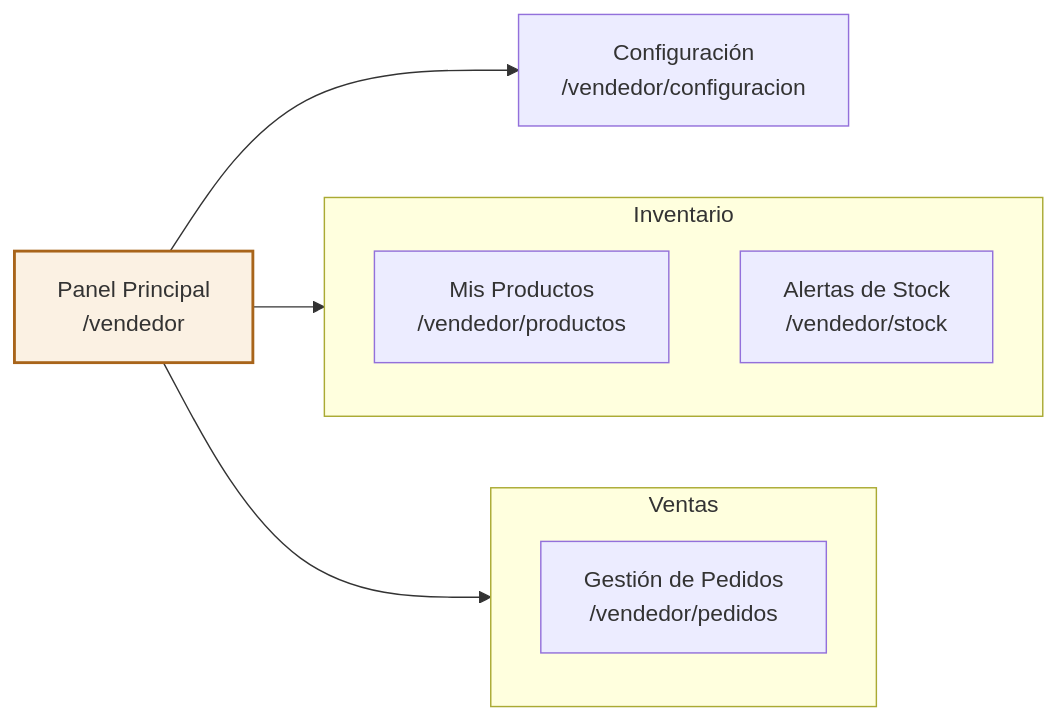
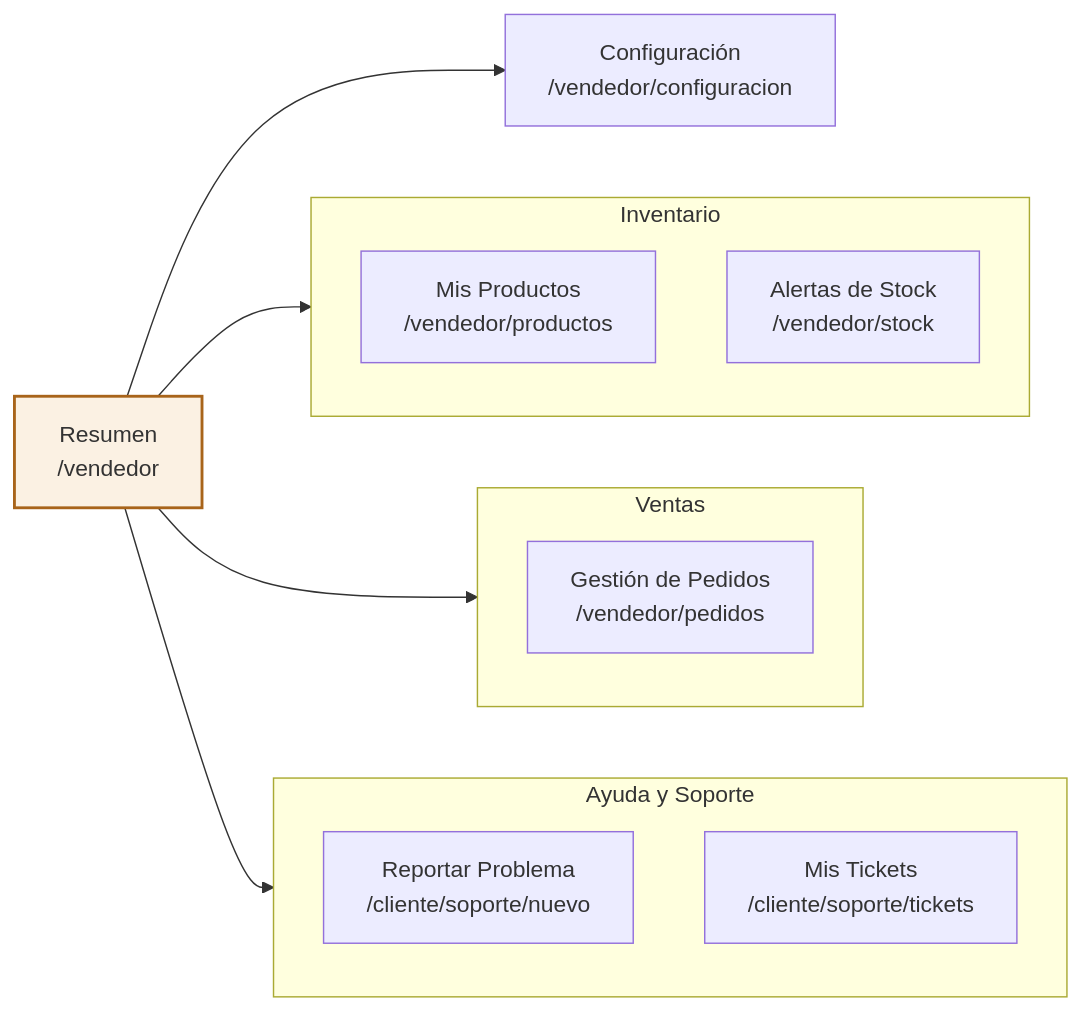
Before and after one commit to Jhonmoreno000/PROYECTO-SENA-TIENDA-TEXTIL-: the third of 4 diagrams in documentacion/09-mapa-de-navegacion.md, drawn with Mermaid. The commit also changed other lines of this file and 55 other files, not shown here.

Commit message:
docs: rehacer documentacion, diagramas, contrato OpenAPI y matriz v3 segun el codigo de main (#39)

````diff
--- a/documentacion/09-mapa-de-navegacion.md
+++ b/documentacion/09-mapa-de-navegacion.md
@@ -96,16 +102,21 @@
 ```mermaid
 flowchart LR
-    r_vendedor["Panel Principal<br/>/vendedor"]
+    r_vendedor["Resumen<br/>/vendedor"]
     subgraph VENDEDOR_1["Inventario"]
         r_vendedor_productos["Mis Productos<br/>/vendedor/productos"]
         r_vendedor_stock["Alertas de Stock<br/>/vendedor/stock"]
     end
     r_vendedor --> VENDEDOR_1
     subgraph VENDEDOR_2["Ventas"]
         r_vendedor_pedidos["Gestión de Pedidos<br/>/vendedor/pedidos"]
     end
     r_vendedor --> VENDEDOR_2
     r_vendedor_configuracion["Configuración<br/>/vendedor/configuracion"]
     r_vendedor --> r_vendedor_configuracion
+    subgraph VENDEDOR_3["Ayuda y Soporte"]
+        r_vend_soporte_nuevo["Reportar Problema<br/>/cliente/soporte/nuevo"]
+        r_vend_soporte_tickets["Mis Tickets<br/>/cliente/soporte/tickets"]
+    end
+    r_vendedor --> VENDEDOR_3
     style r_vendedor fill:#FBF1E3,stroke:#A8641A,stroke-width:2px
 ```
````
